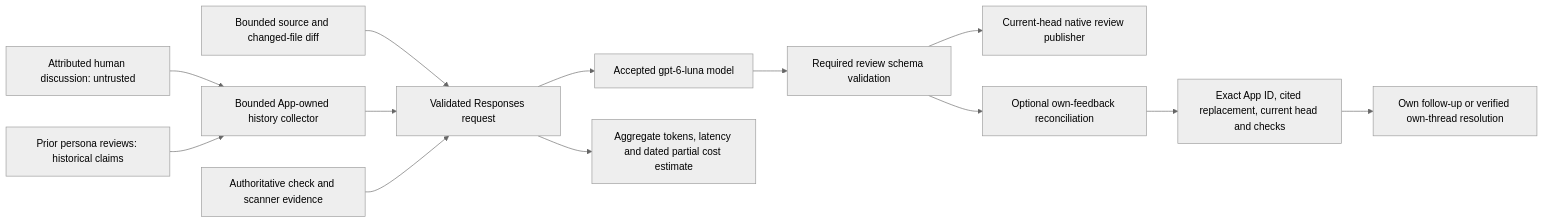
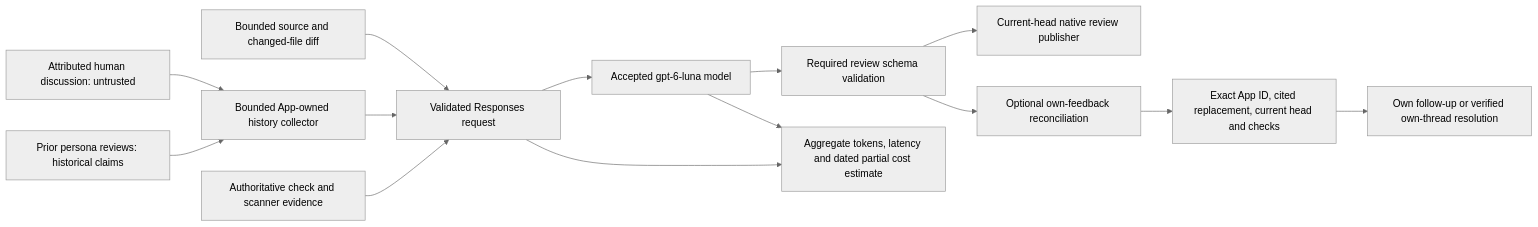
One commit to VanillaIceCube/Notoli changed the second of 4 diagrams in docs/CI-CD-ARCHITECTURE.md. Above: the diagram before and after it, drawn with Mermaid (neutral theme). The commit also changed other lines of this file and 6 other files, not shown here.

Commit message:
docs(ci): reconcile final architecture and cross-repository adoption

````diff
--- a/docs/CI-CD-ARCHITECTURE.md
+++ b/docs/CI-CD-ARCHITECTURE.md
@@ -61,15 +66,16 @@
 ```mermaid
 flowchart LR
   Diff[Bounded source and changed-file diff] --> Request[Validated Responses request]
   Human[Attributed human discussion: untrusted] --> Collector[Bounded App-owned history collector]
   Prior[Prior persona reviews: historical claims] --> Collector
   Collector --> Request
   Checks[Authoritative check and scanner evidence] --> Request
   Request --> Luna[Accepted gpt-6-luna model]
   Luna --> Schema[Required review schema validation]
   Schema --> Publish[Current-head native review publisher]
   Schema --> Reconcile[Optional own-feedback reconciliation]
   Reconcile --> Proof[Exact App ID, cited replacement, current head and checks]
   Proof --> Own[Own follow-up or verified own-thread resolution]
   Request --> Usage[Aggregate tokens, latency and dated partial cost estimate]
+  Luna --> Usage
 ```
````
